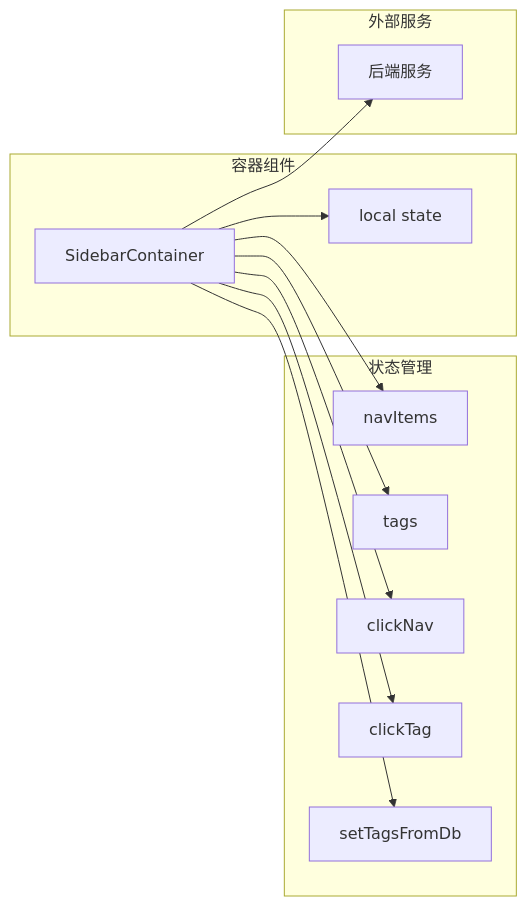
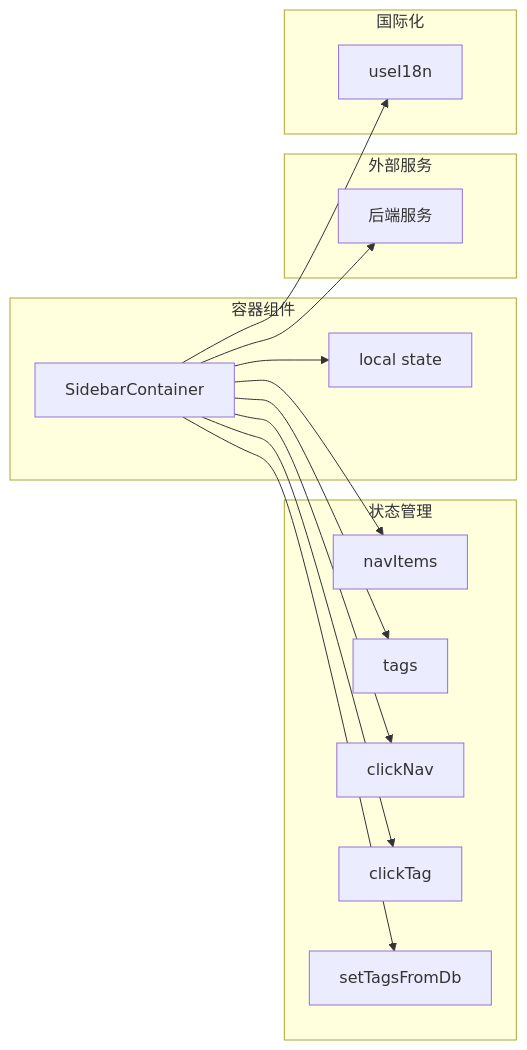
Before and after one commit to YLee9527/Medex: the seventh of 13 diagrams in repowiki/zh/content/前端开发/UI 组件详解/侧边栏组件 (Sidebar).md, drawn with Mermaid. The commit also changed other lines of this file and 13 other files, not shown here.

````diff
--- a/repowiki/zh/content/前端开发/UI 组件详解/侧边栏组件 (Sidebar).md
+++ b/repowiki/zh/content/前端开发/UI 组件详解/侧边栏组件 (Sidebar).md
@@ -295,24 +335,28 @@
 ```mermaid
 graph LR
 subgraph "状态管理"
 NavItems[navItems]
 Tags[tags]
 ClickNav[clickNav]
 ClickTag[clickTag]
 SetTagsFromDb[setTagsFromDb]
 end
 subgraph "容器组件"
 Container[SidebarContainer]
 LocalState[local state]
 end
 subgraph "外部服务"
 Backend[后端服务]
 end
+subgraph "国际化"
+I18n[useI18n]
+end
 Container --> NavItems
 Container --> Tags
 Container --> ClickNav
 Container --> ClickTag
 Container --> SetTagsFromDb
 Container --> LocalState
 Container --> Backend
+Container --> I18n
 ```
````
